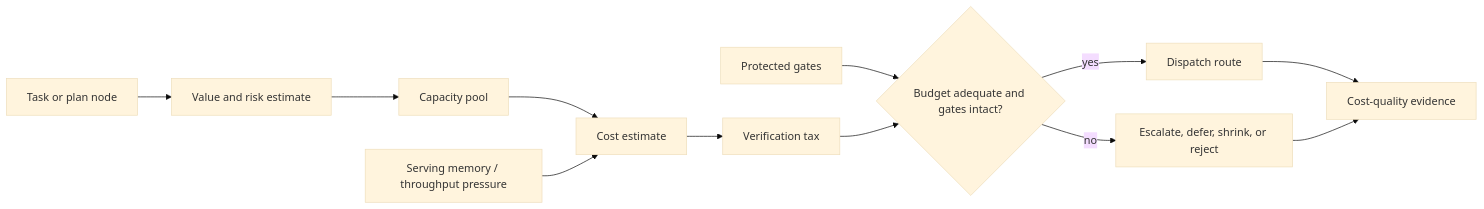
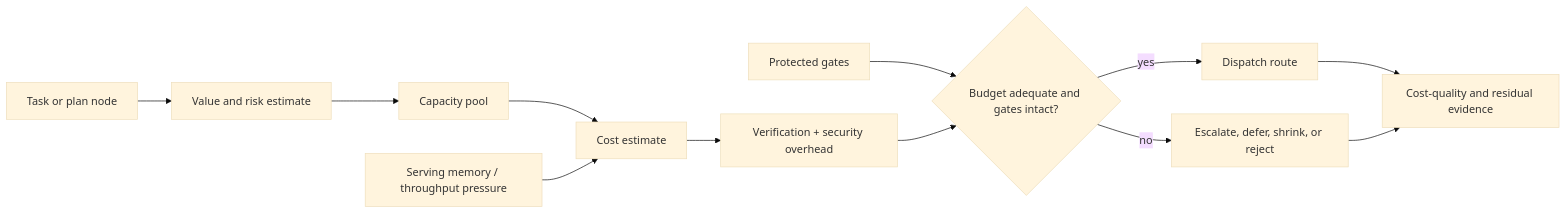
The diagram in chapters/resource-economics-and-token-budgets.qmd (corbensorenson/asi-stack-book), drawn with Mermaid (base theme) before and after one commit. The commit also changed other lines of this file and 9 other files, not shown here.

````diff
--- a/chapters/resource-economics-and-token-budgets.qmd
+++ b/chapters/resource-economics-and-token-budgets.qmd
@@ -96,14 +98,14 @@
 ```{mermaid}
 flowchart LR
   A["Task or plan node"] --> B["Value and risk estimate"]
   B --> C["Capacity pool"]
   C --> D["Cost estimate"]
   S["Serving memory / throughput pressure"] --> D
-  D --> E["Verification tax"]
+  D --> E["Verification + security overhead"]
   P["Protected gates"] --> F{"Budget adequate and gates intact?"}
   E --> F
   F -- "yes" --> G["Dispatch route"]
   F -- "no" --> H["Escalate, defer, shrink, or reject"]
-  G --> I["Cost-quality evidence"]
+  G --> I["Cost-quality and residual evidence"]
   H --> I
 ```
````
